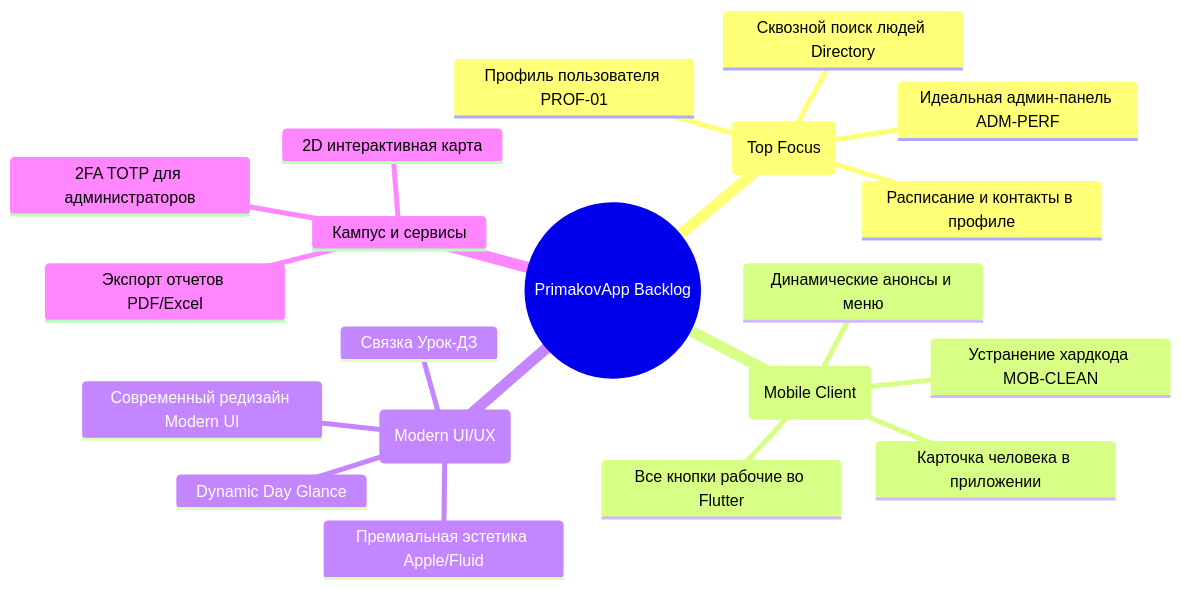
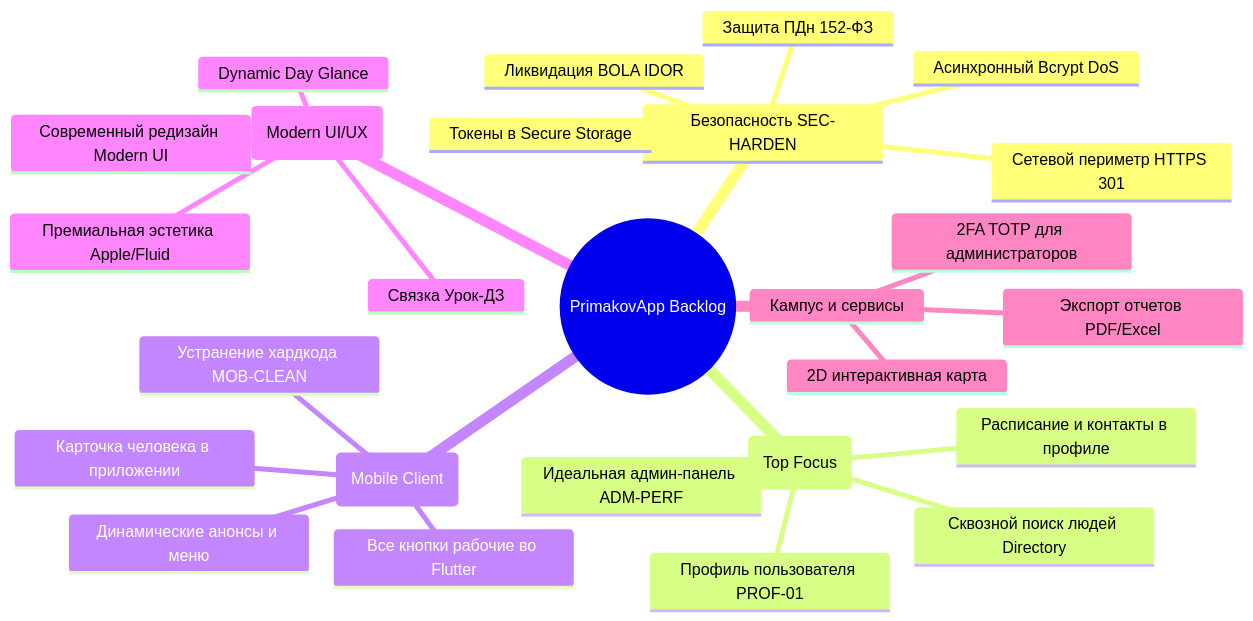
One commit to sashamosk17/PrimakovApp changed the first of 2 diagrams in docs/features.md. Above: the diagram before and after it, drawn with Mermaid. The commit also changed other lines of this file and 21 other files, not shown here.

````diff
--- a/docs/features.md
+++ b/docs/features.md
@@ -94,23 +96,29 @@
 ```mermaid
 mindmap
   root((PrimakovApp Backlog))
+    Безопасность SEC-HARDEN
+      Сетевой периметр HTTPS 301
+      Ликвидация BOLA IDOR
+      Защита ПДн 152-ФЗ
+      Асинхронный Bcrypt DoS
+      Токены в Secure Storage
     Приоритет 1 (Top Focus)
       Идеальная админ-панель ADM-PERF
       Профиль пользователя PROF-01
       Сквозной поиск людей Directory
       Расписание и контакты в профиле
     Приоритет 2 (Mobile Client)
       Устранение хардкода MOB-CLEAN
       Все кнопки рабочие во Flutter
       Карточка человека в приложении
       Динамические анонсы и меню
     Приоритет 3 (Modern UI/UX)
       Современный редизайн Modern UI
       Dynamic Day Glance
       Связка Урок-ДЗ
       Премиальная эстетика Apple/Fluid
     Кампус и сервисы
       2D интерактивная карта
       Экспорт отчетов PDF/Excel
       2FA TOTP для администраторов
 ```
````
